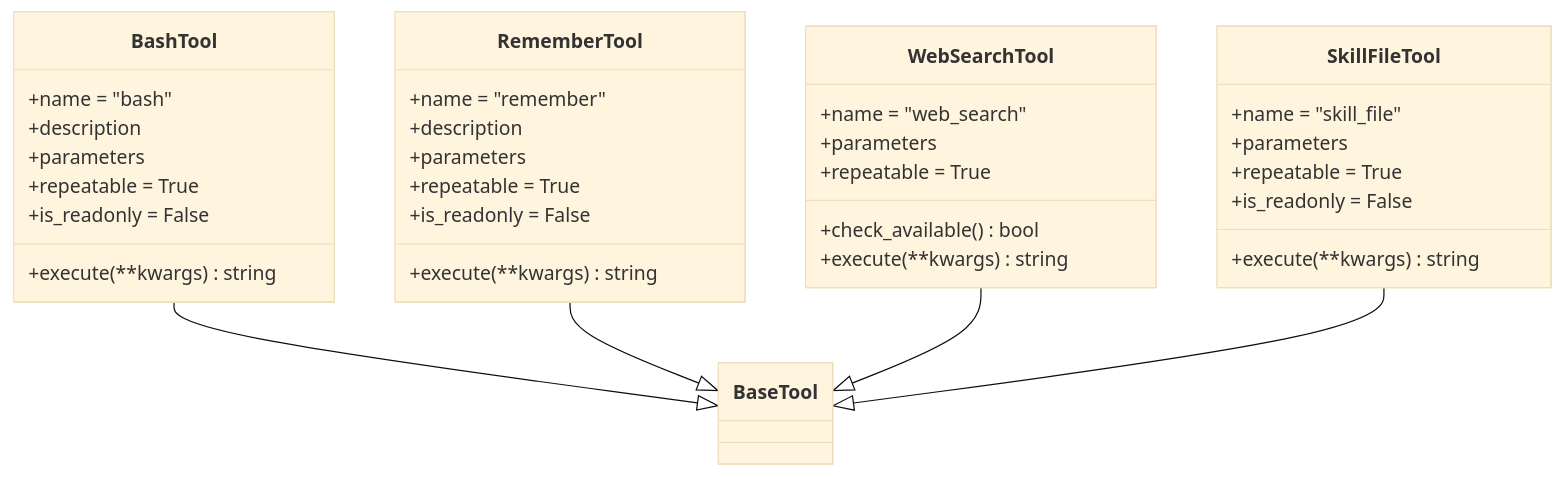
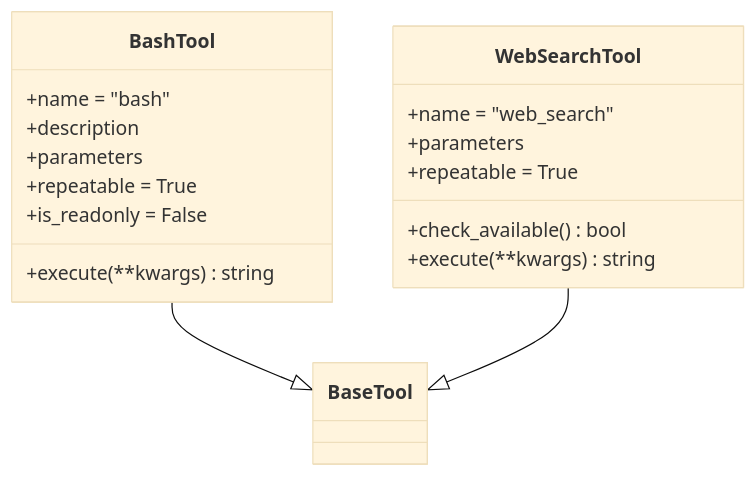
Before and after one commit to 20012002er/Vibe-Trading: the sixth of 7 diagrams in .qoder/repowiki/zh/content/AI代理系统/工具系统/工具注册机制.md, drawn with Mermaid (base theme). The commit also changed other lines of this file and 7 other files, not shown here.

````diff
--- a/.qoder/repowiki/zh/content/AI代理系统/工具系统/工具注册机制.md
+++ b/.qoder/repowiki/zh/content/AI代理系统/工具系统/工具注册机制.md
@@ -206,37 +214,20 @@
 ```mermaid
 classDiagram
 class BashTool {
 +name = "bash"
-+description
-+parameters
-+repeatable = True
-+is_readonly = False
-+execute(**kwargs) string
-}
-class RememberTool {
-+name = "remember"
 +description
 +parameters
 +repeatable = True
 +is_readonly = False
 +execute(**kwargs) string
 }
 class WebSearchTool {
 +name = "web_search"
 +check_available() bool
 +parameters
 +repeatable = True
 +execute(**kwargs) string
 }
-class SkillFileTool {
-+name = "skill_file"
-+parameters
-+repeatable = True
-+is_readonly = False
-+execute(**kwargs) string
-}
 BashTool --|> BaseTool
-RememberTool --|> BaseTool
 WebSearchTool --|> BaseTool
-SkillFileTool --|> BaseTool
 ```
````
